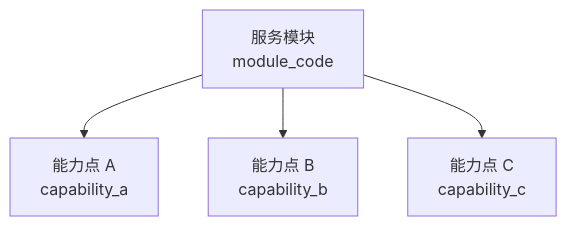
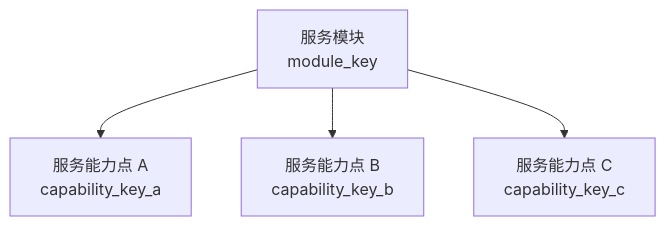
The diagram in docs/product-planning/tenant-service-configuration-prd-2.0.md (luxinsan/aihmp_b_demo), drawn with Mermaid before and after one commit. The commit also changed other lines of this file and 3 other files, not shown here.

````diff
--- a/docs/product-planning/tenant-service-configuration-prd-2.0.md
+++ b/docs/product-planning/tenant-service-configuration-prd-2.0.md
@@ -96,11 +100,11 @@
 ```mermaid
 flowchart TD
-  Module["服务模块<br/>module_code"]
-  CapabilityA["能力点 A<br/>capability_a"]
-  CapabilityB["能力点 B<br/>capability_b"]
-  CapabilityC["能力点 C<br/>capability_c"]
+  Module["服务模块<br/>module_key"]
+  CapabilityA["服务能力点 A<br/>capability_key_a"]
+  CapabilityB["服务能力点 B<br/>capability_key_b"]
+  CapabilityC["服务能力点 C<br/>capability_key_c"]
 
   Module --> CapabilityA
   Module --> CapabilityB
   Module --> CapabilityC
 ```
````
